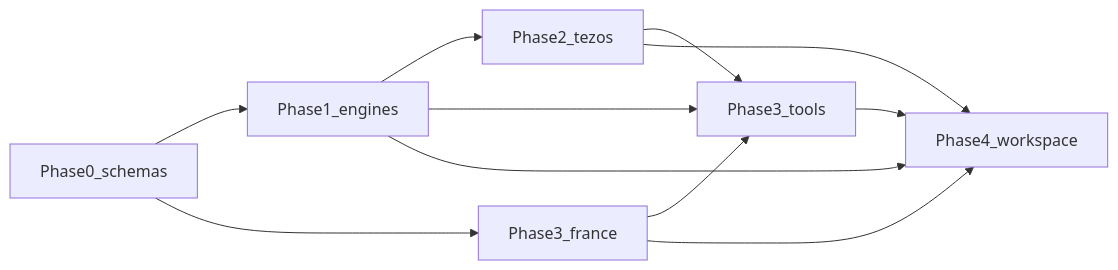
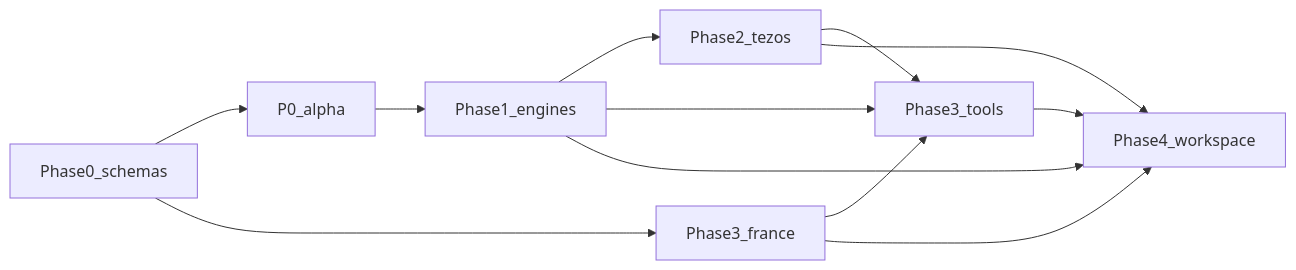
Before and after one commit to ChainCommons/sherwood: the diagram in plans/22-architecture-workstreams.md, drawn with Mermaid. The commit also changed other lines of this file and 7 other files, not shown here.

````diff
--- a/plans/22-architecture-workstreams.md
+++ b/plans/22-architecture-workstreams.md
@@ -116,19 +116,21 @@
 ```mermaid
 flowchart LR
   schemas[Phase0_schemas]
+  alpha[P0_alpha]
   engines[Phase1_engines]
   tezos[Phase2_tezos]
   france[Phase3_france]
   tools[Phase3_tools]
   ws[Phase4_workspace]
-  schemas --> engines
+  schemas --> alpha
+  alpha --> engines
   schemas --> france
   engines --> tezos
   engines --> tools
   tezos --> tools
   france --> tools
   engines --> ws
   tezos --> ws
   france --> ws
   tools --> ws
 ```
````
